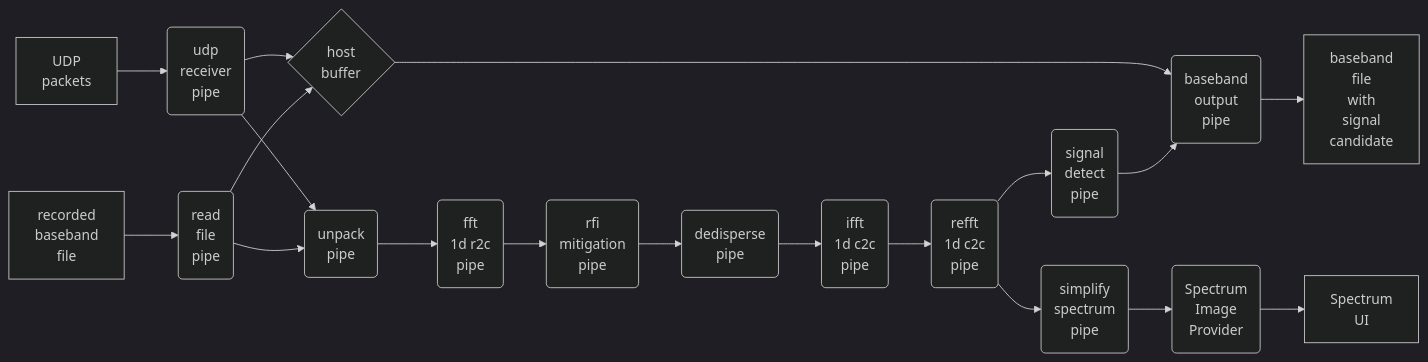
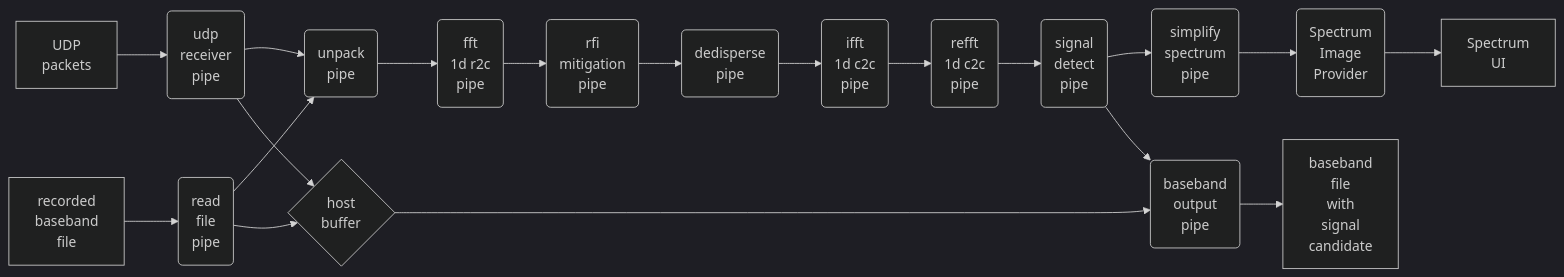
The diagram in README.md (fxzjshm/simple-radio-telescope-backend), drawn with Mermaid (dark theme) before and after one commit. The commit also changed other lines of this file and 2 other files, not shown here.

````diff
--- a/README.md
+++ b/README.md
@@ -25,32 +154,32 @@
 ```mermaid
 graph LR;
   UDP_packets[UDP <br/> packets];
   recorded_baseband_file[recorded <br/> baseband <br/> file];
   udp_receiver_pipe(udp <br/> receiver <br/> pipe);
   read_file_pipe(read <br/> file <br/> pipe);
   host_buffer{host <br/> buffer};
   unpack_pipe(unpack <br/> pipe);
   fft_1d_r2c_pipe(fft <br/> 1d r2c <br/> pipe);
   rfi_mitigation_pipe(rfi <br/> mitigation <br/> pipe);
   dedisperse_pipe(dedisperse <br/> pipe);
   ifft_1d_c2c_pipe(ifft <br/> 1d c2c <br/> pipe);
   refft_1d_c2c_pipe(refft <br/> 1d c2c <br/> pipe);
   signal_detect_pipe(signal <br/> detect <br/> pipe);
   baseband_output_pipe(baseband <br/> output <br/> pipe);
   simplify_spectrum_pipe(simplify <br/> spectrum <br/> pipe);
   SpectrumImageProvider(Spectrum <br/> Image <br/> Provider);
   baseband_file_with_signal_candidate[baseband <br/> file <br/> with <br/> signal <br/> candidate]
   spectrum_ui[Spectrum <br/> UI]
 
   UDP_packets --> udp_receiver_pipe --> unpack_pipe;
   recorded_baseband_file --> read_file_pipe --> unpack_pipe;
   udp_receiver_pipe --> host_buffer;
   read_file_pipe --> host_buffer;
   host_buffer --> baseband_output_pipe
   unpack_pipe --> fft_1d_r2c_pipe --> rfi_mitigation_pipe --> dedisperse_pipe --> ifft_1d_c2c_pipe --> refft_1d_c2c_pipe;
   refft_1d_c2c_pipe --> signal_detect_pipe;
-  refft_1d_c2c_pipe --> simplify_spectrum_pipe;
+  signal_detect_pipe --> simplify_spectrum_pipe;
   signal_detect_pipe --> baseband_output_pipe;
   baseband_output_pipe --> baseband_file_with_signal_candidate
   simplify_spectrum_pipe --> SpectrumImageProvider --> spectrum_ui
 ```
````
